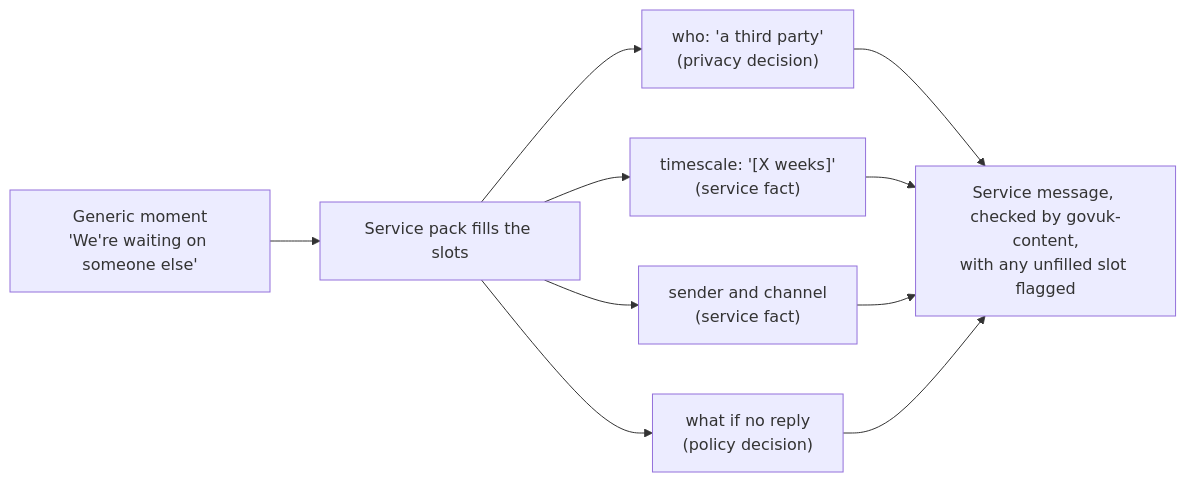
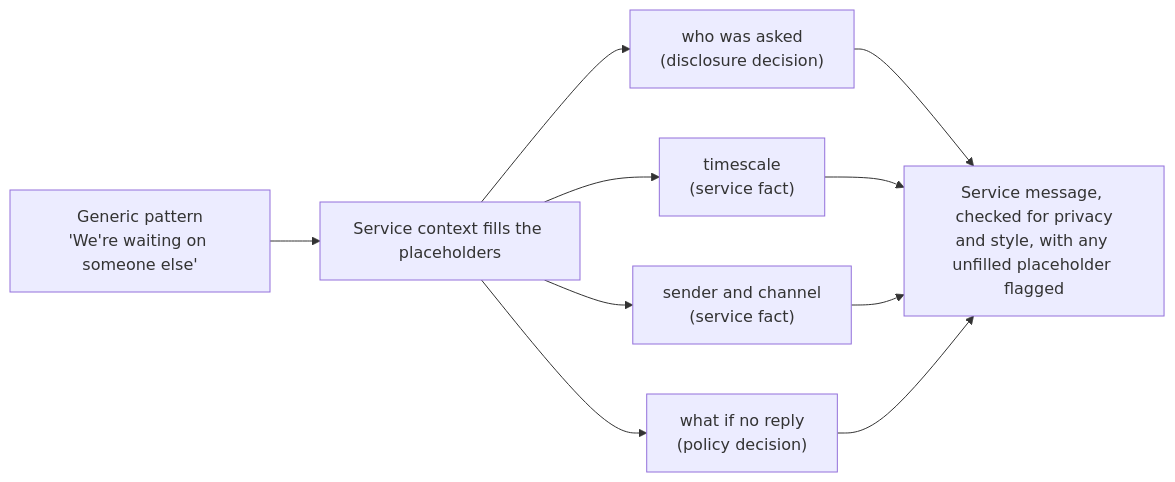
The third of 4 diagrams in ARCHITECTURE.md (strachcity/gov-communication-skills), drawn with Mermaid before and after one commit. The commit also changed other lines of this file and 17 other files, not shown here.

````diff
--- a/ARCHITECTURE.md
+++ b/ARCHITECTURE.md
@@ -174,12 +200,12 @@
 ```mermaid
 flowchart LR
-    M["Generic moment<br/>'We're waiting on someone else'"] --> T["Service pack fills the slots"]
-    T --> T1["who: 'a third party'<br/>(privacy decision)"]
-    T --> T2["timescale: '[X weeks]'<br/>(service fact)"]
+    M["Generic pattern<br/>'We're waiting on someone else'"] --> T["Service context fills the placeholders"]
+    T --> T1["who was asked<br/>(disclosure decision)"]
+    T --> T2["timescale<br/>(service fact)"]
     T --> T3["sender and channel<br/>(service fact)"]
     T --> T4["what if no reply<br/>(policy decision)"]
-    T1 --> R["Service message, checked by govuk-content,<br/>with any unfilled slot flagged"]
+    T1 --> R["Service message, checked for privacy<br/>and style, with any unfilled placeholder flagged"]
     T2 --> R
     T3 --> R
     T4 --> R
 ```
````
